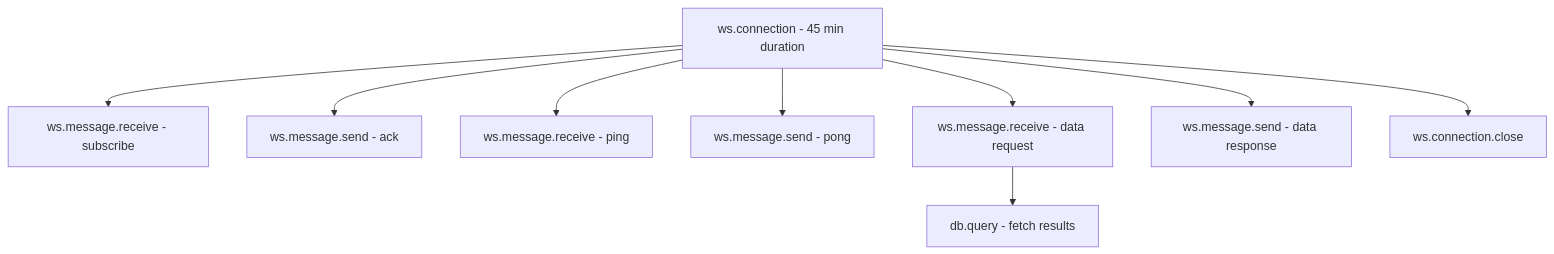
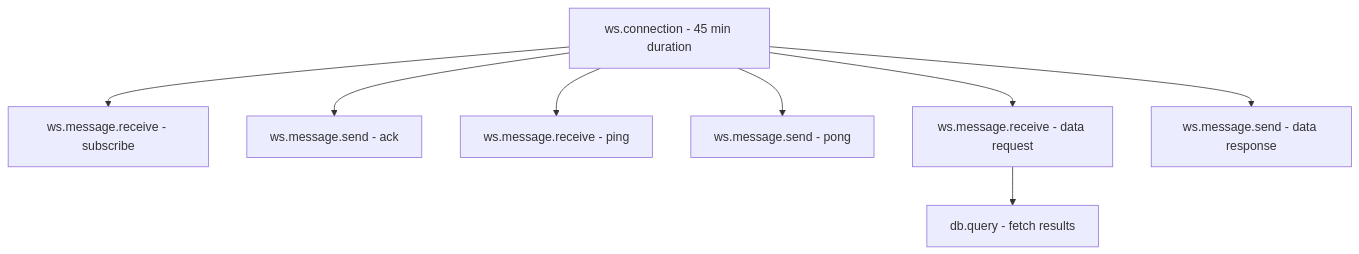
Before and after one commit to OneUptime/blog: the second of 2 diagrams in posts/2026-02-06-trace-websocket-connections-realtime-events-opentelemetry/README.md, drawn with Mermaid. The commit also changed other lines of this file and 2 other files, not shown here.

````diff
--- a/posts/2026-02-06-trace-websocket-connections-realtime-events-opentelemetry/README.md
+++ b/posts/2026-02-06-trace-websocket-connections-realtime-events-opentelemetry/README.md
@@ -215,11 +225,10 @@
 ```mermaid
 graph TD
     A[ws.connection - 45 min duration] --> B[ws.message.receive - subscribe]
     A --> C[ws.message.send - ack]
     A --> D[ws.message.receive - ping]
     A --> E[ws.message.send - pong]
     A --> F[ws.message.receive - data request]
     F --> G[db.query - fetch results]
     A --> H[ws.message.send - data response]
-    A --> I[ws.connection.close]
 ```
````
